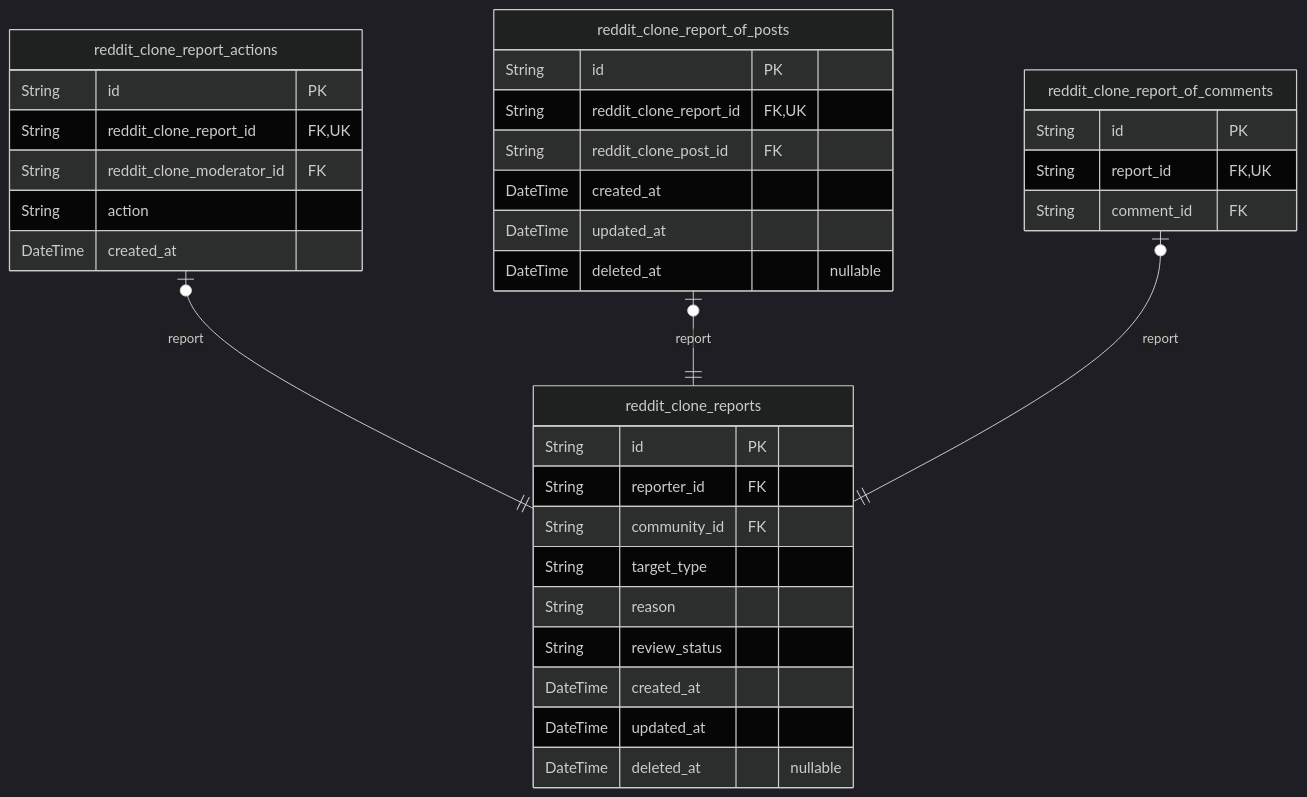
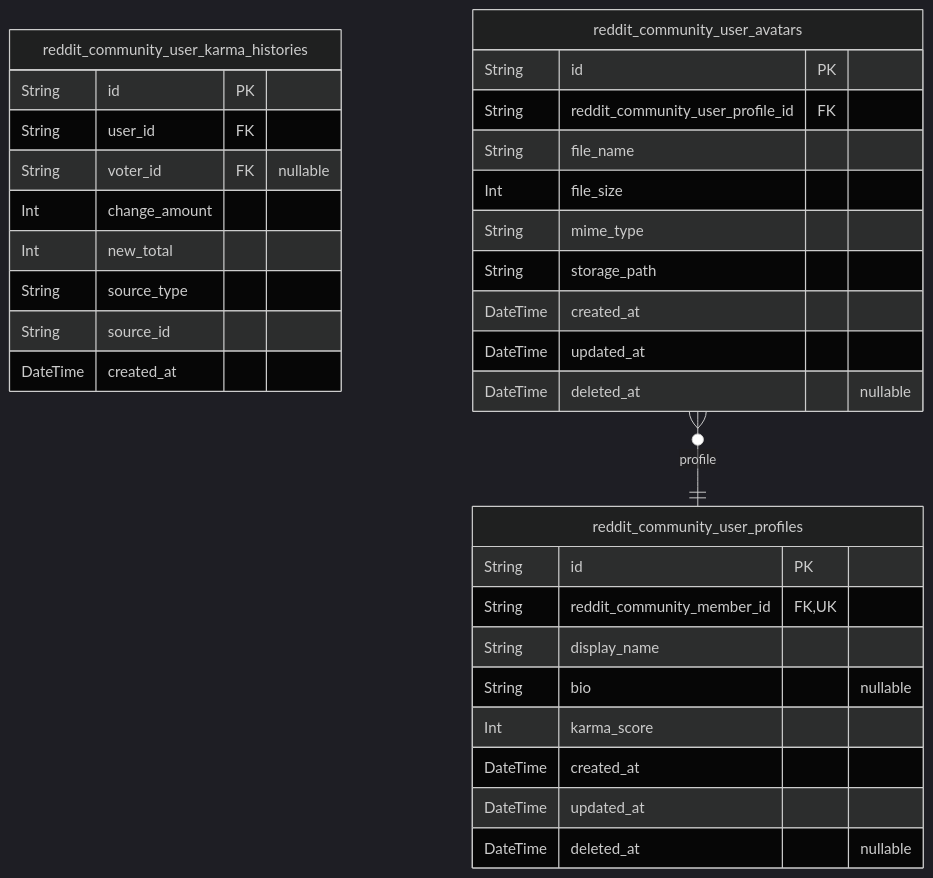
Before and after one commit to wrtnlabs/autobe-examples: the sixth of 6 diagrams in qwen/qwen3.5-397b-a17b/reddit/docs/ERD.md, drawn with Mermaid (dark theme). The commit also changed other lines of this file and 9017 other files, not shown here.

````diff
--- a/qwen/qwen3.5-397b-a17b/reddit/docs/ERD.md
+++ b/qwen/qwen3.5-397b-a17b/reddit/docs/ERD.md
@@ -701,37 +607,35 @@
 ```mermaid
 erDiagram
-"reddit_clone_reports" {
+"reddit_community_user_profiles" {
   String id PK
-  String reporter_id FK
-  String community_id FK
-  String target_type
-  String reason
-  String review_status
+  String reddit_community_member_id FK,UK
+  String display_name
+  String bio "nullable"
+  Int karma_score
   DateTime created_at
   DateTime updated_at
   DateTime deleted_at "nullable"
 }
-"reddit_clone_report_actions" {
+"reddit_community_user_karma_histories" {
   String id PK
-  String reddit_clone_report_id FK,UK
-  String reddit_clone_moderator_id FK
-  String action
+  String user_id FK
+  String voter_id FK "nullable"
+  Int change_amount
+  Int new_total
+  String source_type
+  String source_id
   DateTime created_at
 }
-"reddit_clone_report_of_posts" {
+"reddit_community_user_avatars" {
   String id PK
-  String reddit_clone_report_id FK,UK
-  String reddit_clone_post_id FK
+  String reddit_community_user_profile_id FK
+  String file_name
+  Int file_size
+  String mime_type
+  String storage_path
   DateTime created_at
   DateTime updated_at
   DateTime deleted_at "nullable"
 }
-"reddit_clone_report_of_comments" {
-  String id PK
-  String report_id FK,UK
-  String comment_id FK
-}
-"reddit_clone_report_actions" |o--|| "reddit_clone_reports" : report
-"reddit_clone_report_of_posts" |o--|| "reddit_clone_reports" : report
-"reddit_clone_report_of_comments" |o--|| "reddit_clone_reports" : report
+"reddit_community_user_avatars" }o--|| "reddit_community_user_profiles" : profile
 ```
````
